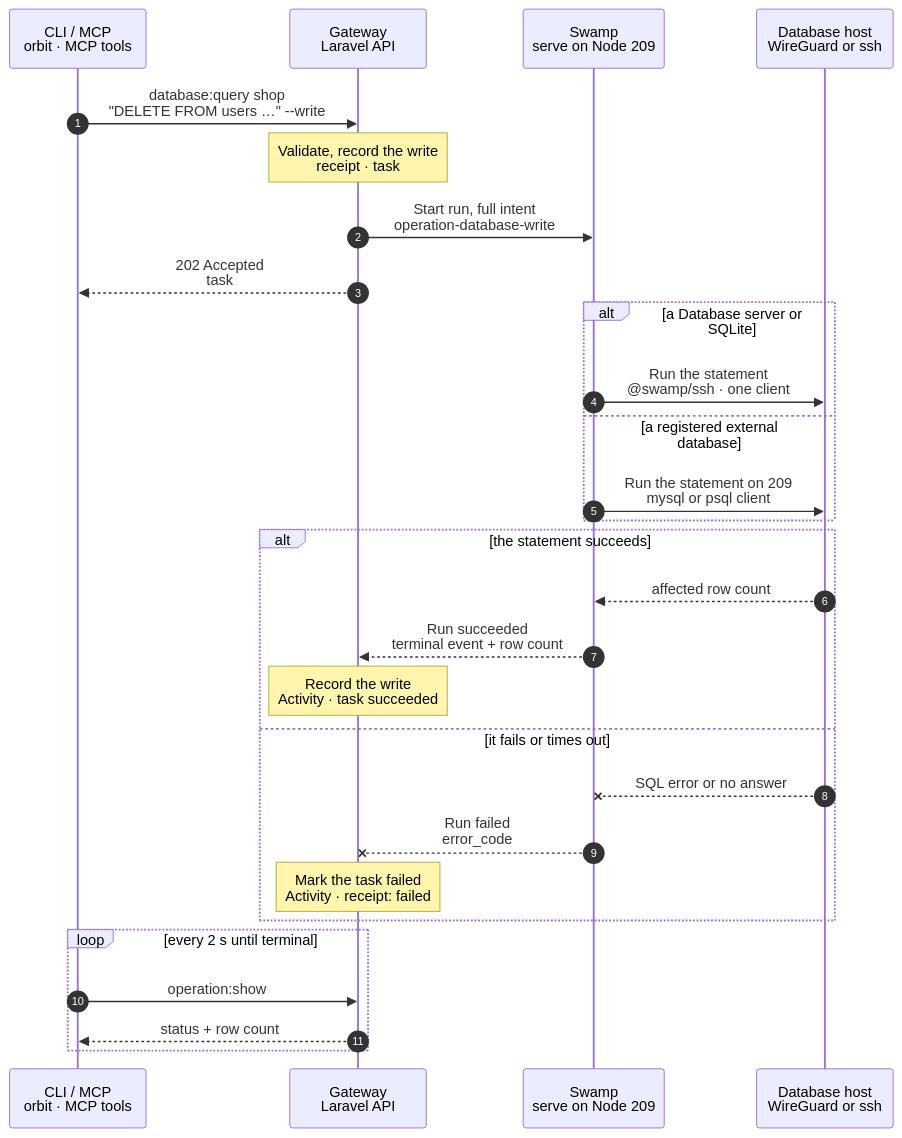
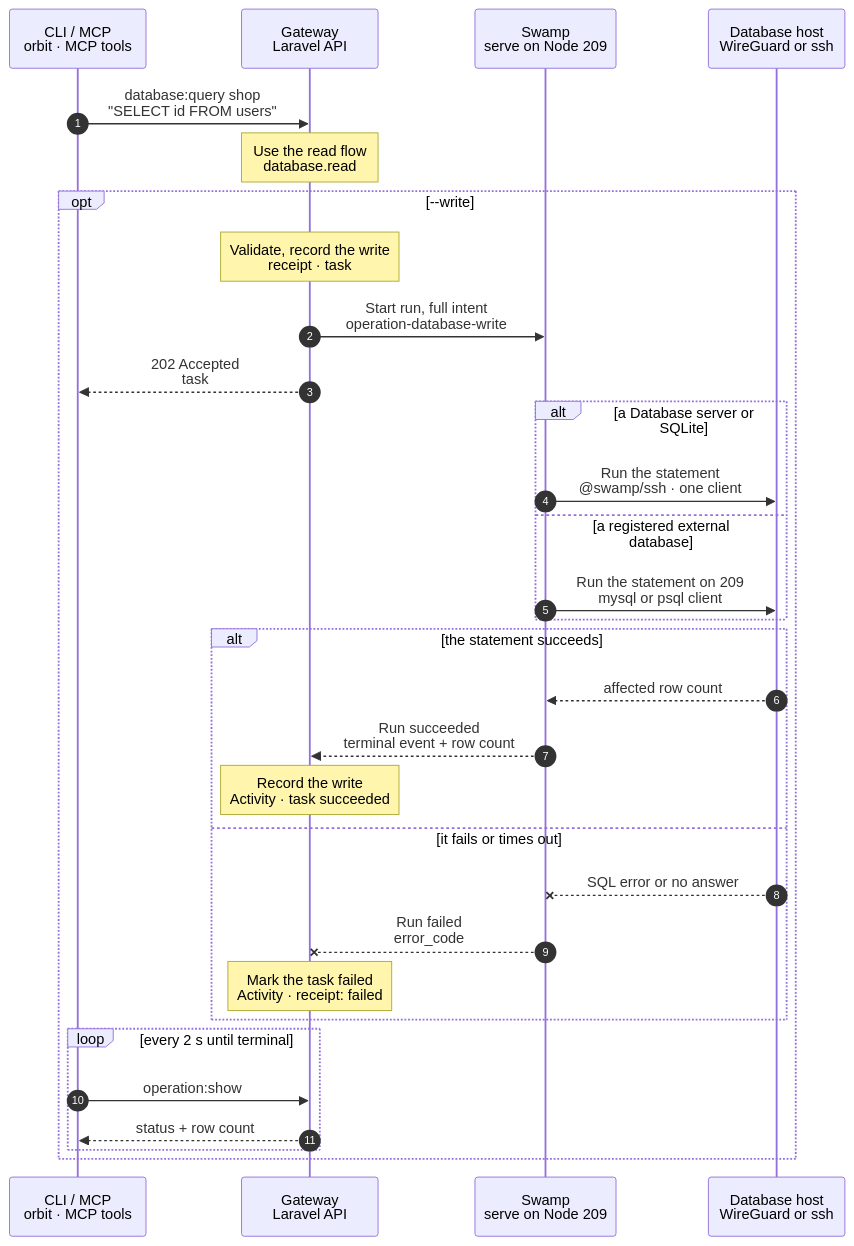
Before and after one commit to hardimpactdev/orbit: the diagram in docs/cli/database/write.mmd, drawn with Mermaid. The commit also changed 10 other files, not shown here.

```diff
--- a/docs/cli/database/write.mmd
+++ b/docs/cli/database/write.mmd
@@ -1,97 +1,102 @@
 sequenceDiagram
   %% Target design: coordinator 2026-11-02. Every effect runs in Swamp; same path as database.read. Decided 2026-11-02 (orchestrator, database.read): a Database server's connection runs in its container (Q-DBAUTH), an external connection from 209 with the swamp role's clients, SQLite with sqlite3 on its Node (R4). No shipped script.
   %% status: draft
   %% command: database:query
   %% kind: database.write
   autonumber
   %% lane CLI icon=terminal pill=caller tone=gray
   %% lane GW icon=gateway pill=intent tone=blue
   %% lane SW icon=workflow pill=executes tone=green
   %% lane N icon=server pill=target tone=amber
   participant CLI as CLI / MCP<br/>orbit · MCP tools
   participant GW as Gateway<br/>Laravel API
   participant SW as Swamp<br/>serve on Node 209
   participant N as Database host<br/>WireGuard or ssh
-  CLI->>GW: database:query shop<br/>"DELETE FROM users …" --write
+  CLI->>GW: database:query shop<br/>"SELECT id FROM users"
   %%> Command:
   %%> - `orbit database:query shop "DELETE FROM users WHERE id = 1" --write`
   %%> - syntax: `<slug> <sql> [--write] [--idempotency-key=KEY] [--json]`
   %%> Input:
   %%> - the slug of a registered Database connection, and one SQL statement of at most 16384 characters
   %%> - `--write` allows a write statement; it is permission, not proof that rows changed
   %%> Lost answer:
   %%> - repeat with the same `--idempotency-key`; the Gateway returns the same task and doesn't write again
-  Note over GW: Validate, record the write<br/>receipt · task #5171
-  %%> Requirements:
-  %%> - your Node has an access grant to Node 12, which runs Database server app-mysql
-  %%> - `--write` is set; write SQL without it is refused with `database.write_required`
-  %%> - exactly one statement (`database.sql_multiple_statements`)
-  %%> - the driver is mysql, pgsql or sqlite; redis has no SQL
-  %%> - for sqlite: the connection has a Node, or the Gateway refuses with `database.sqlite_node_required`
-  %%> Where the credential lives:
-  %%> - the Gateway stores the connection's password encrypted; at start it copies the password line and the statement into the Swamp vault as one value, `database-write-intent-5171` (R3)
-  %%> - SQLite has no credential
+  Note over GW: Use the read flow<br/>database.read
   %%> Result:
-  %%> - the idempotency receipt is recorded before anything is sent
-  %%> - task #5171 recorded with the full intent; the lock for connection shop, so two writes don't overlap
-  GW->>SW: Start run, full intent<br/>operation-database-write
-  %%> What it does:
-  %%> - starts one Swamp run on serve (Node 209)
-  %%> Inputs:
-  %%> - the client argv the Gateway built for the driver, and the host's address and SSH host keys
-  %%> - the vault key name of the password and statement, never the value
-  GW-->>CLI: 202 Accepted<br/>task #5171
-  %%> What you get:
-  %%> - the task number, at once
-  %%> Next:
-  %%> - the CLI waits with progress, as for other tasks; a write is a short run, usually a few seconds
-  alt a Database server or SQLite
-    SW->>N: Run the statement<br/>@swamp/ssh · one client
-    %%> How:
-    %%> - Swamp reaches the host over SSH from 209 with the official `@swamp/ssh` behavior; the SSH identity comes from the `swamp` role
-    %%> - stdin is one vault value: the password as the first line, then the statement (Q-DBAUTH); SQLite has no password line
-    %%> Where it runs:
-    %%> - on a Database server: one `docker exec -i` into its container on Node 12, as the connection's own user, never root
-    %%> - on SQLite: `sqlite3 -safe` on the file's Node, as the file's owner; it cannot attach, write other files or run shell commands
-  else a registered external database
-    SW->>N: Run the statement on 209<br/>mysql or psql client
-    %%> How:
-    %%> - the `mysql` or `psql` client on 209, which the `swamp` role installs; 209 reaches the host directly, with no SSH hop
+  %%> - without write permission, use the read chart; a write statement is refused with `database.write_required`
+  opt --write
+    Note over GW: Validate, record the write<br/>receipt · task #5171
+    %%> Requirements:
+    %%> - your Node has an access grant to Node 12, which runs Database server app-mysql
+    %%> - `--write` is set; write SQL without it is refused with `database.write_required`
+    %%> - exactly one statement (`database.sql_multiple_statements`)
+    %%> - the driver is mysql, pgsql or sqlite; redis has no SQL
+    %%> - for sqlite: the connection has a Node, or the Gateway refuses with `database.sqlite_node_required`
+    %%> Where the credential lives:
+    %%> - the Gateway stores the connection's password encrypted; at start it copies the password line and the statement into the Swamp vault as one value, `database-write-intent-5171` (R3)
+    %%> - SQLite has no credential
+    %%> Result:
+    %%> - the idempotency receipt is recorded before anything is sent
+    %%> - task #5171 recorded with the full intent; the lock for connection shop, so two writes don't overlap
+    GW->>SW: Start run, full intent<br/>operation-database-write
+    %%> What it does:
+    %%> - starts one Swamp run on serve (Node 209)
+    %%> Inputs:
+    %%> - the client argv the Gateway built for the driver, and the host's address and SSH host keys
+    %%> - the vault key name of the password and statement, never the value
+    GW-->>CLI: 202 Accepted<br/>task #5171
+    %%> What you get:
+    %%> - the task number, at once
+    %%> Next:
+    %%> - the CLI waits with progress, as for other tasks; a write is a short run, usually a few seconds
+    alt a Database server or SQLite
+      SW->>N: Run the statement<br/>@swamp/ssh · one client
+      %%> How:
+      %%> - Swamp reaches the host over SSH from 209 with the official `@swamp/ssh` behavior; the SSH identity comes from the `swamp` role
+      %%> - stdin is one vault value: the password as the first line, then the statement (Q-DBAUTH); SQLite has no password line
+      %%> Where it runs:
+      %%> - on a Database server: one `docker exec -i` into its container on Node 12, as the connection's own user, never root
+      %%> - on SQLite: `sqlite3 -safe` on the file's Node, as the file's owner; it cannot attach, write other files or run shell commands
+    else a registered external database
+      SW->>N: Run the statement on 209<br/>mysql or psql client
+      %%> How:
+      %%> - the `mysql` or `psql` client on 209, which the `swamp` role installs; 209 reaches the host directly, with no SSH hop
+    end
+    %%> Both:
+    %%> - a 30 s limit; the client prints the affected row count after the statement, and its output stops at 64 KiB
+    alt the statement succeeds
+      N-->>SW: affected row count
+      %%> Returns:
+      %%> - the number of rows the server reports; no result rows
+      SW-->>GW: Run succeeded<br/>terminal event + row count
+      %%> How the Gateway learns it:
+      %%> - the row count comes back as the run's terminal result; its shared run reader sees it; Swamp never calls the Gateway
+      Note over GW: Record the write<br/>Activity · task succeeded
+      %%> Result:
+      %%> - task #5171 succeeds with `write: true` and the row count
+      %%> - an Activity entry with the connection, your Node, the leading verb, the statement's SHA-256 and the row count
+      %%> - the SQL text is not stored, because it can hold data or secrets
+    else it fails or times out
+      N--xSW: SQL error or no answer
+      %%> When:
+      %%> - the server refuses the statement, or gives no answer within 30 s
+      SW--xGW: Run failed<br/>error_code
+      %%> The Gateway reads:
+      %%> - a bounded error code, without SQL output or the password
+      Note over GW: Mark the task failed<br/>Activity · receipt: failed
+      %%> Result:
+      %%> - `database.query_failed` when the server refused it; nothing changed
+      %%> - `database.write_outcome_unknown` after a timeout or a lost connection; the write may have happened
+      %%> Retry:
+      %%> - Swamp never repeats a write by itself
+      %%> - check the data first after an unknown outcome; a new key runs the statement again
+    end
+    loop every 2 s until terminal
+      CLI->>GW: operation:show #5171
+      %%> What it does:
+      %%> - asks for the task's status every 2 seconds until it has ended
+      GW-->>CLI: status + row count
+      %%> Returns:
+      %%> - the current status, and the row count once the task has ended
+    end
   end
-  %%> Both:
-  %%> - a 30 s limit; the client prints the affected row count after the statement, and its output stops at 64 KiB
-  alt the statement succeeds
-    N-->>SW: affected row count
-    %%> Returns:
-    %%> - the number of rows the server reports; no result rows
-    SW-->>GW: Run succeeded<br/>terminal event + row count
-    %%> How the Gateway learns it:
-    %%> - the row count comes back as the run's terminal result; its shared run reader sees it; Swamp never calls the Gateway
-    Note over GW: Record the write<br/>Activity · task succeeded
-    %%> Result:
-    %%> - task #5171 succeeds with `write: true` and the row count
-    %%> - an Activity entry with the connection, your Node, the leading verb, the statement's SHA-256 and the row count
-    %%> - the SQL text is not stored, because it can hold data or secrets
-  else it fails or times out
-    N--xSW: SQL error or no answer
-    %%> When:
-    %%> - the server refuses the statement, or gives no answer within 30 s
-    SW--xGW: Run failed<br/>error_code
-    %%> The Gateway reads:
-    %%> - a bounded error code, without SQL output or the password
-    Note over GW: Mark the task failed<br/>Activity · receipt: failed
-    %%> Result:
-    %%> - `database.query_failed` when the server refused it; nothing changed
-    %%> - `database.write_outcome_unknown` after a timeout or a lost connection; the write may have happened
-    %%> Retry:
-    %%> - Swamp never repeats a write by itself
-    %%> - check the data first after an unknown outcome; a new key runs the statement again
-  end
-  loop every 2 s until terminal
-    CLI->>GW: operation:show #5171
-    %%> What it does:
-    %%> - asks for the task's status every 2 seconds until it has ended
-    GW-->>CLI: status + row count
-    %%> Returns:
-    %%> - the current status, and the row count once the task has ended
-  end
```
